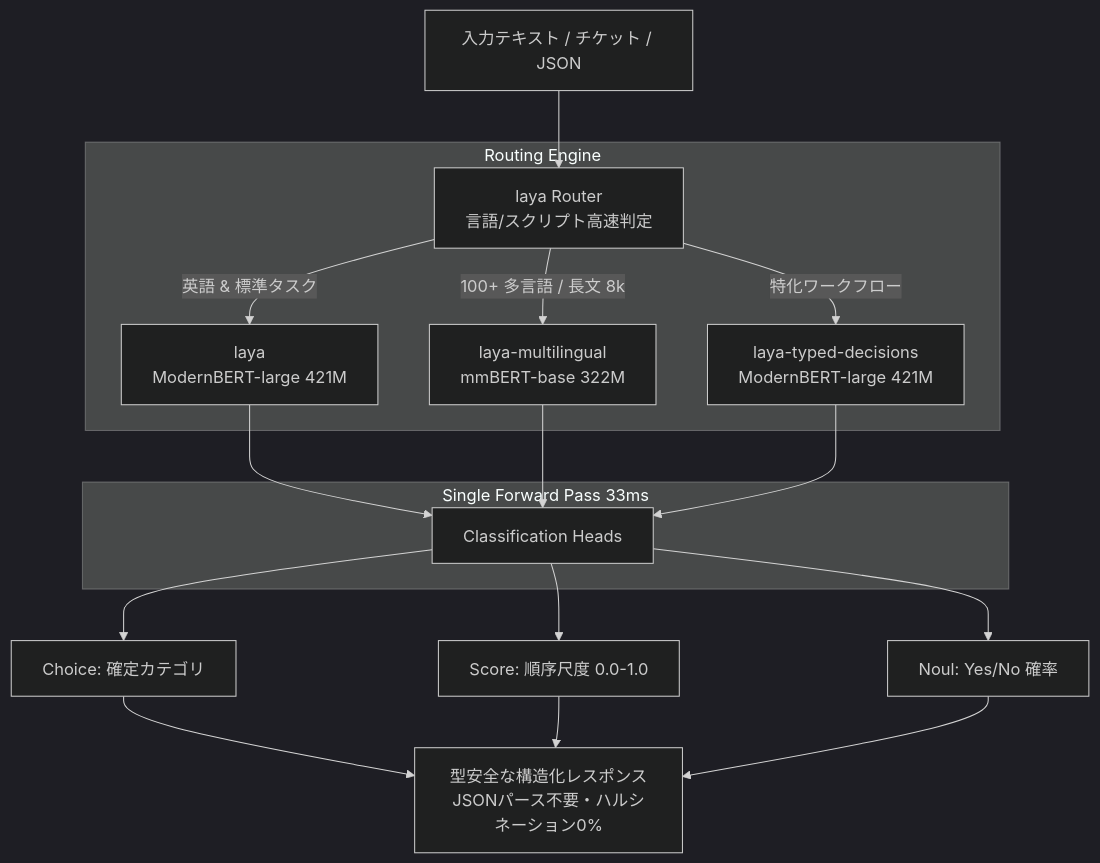
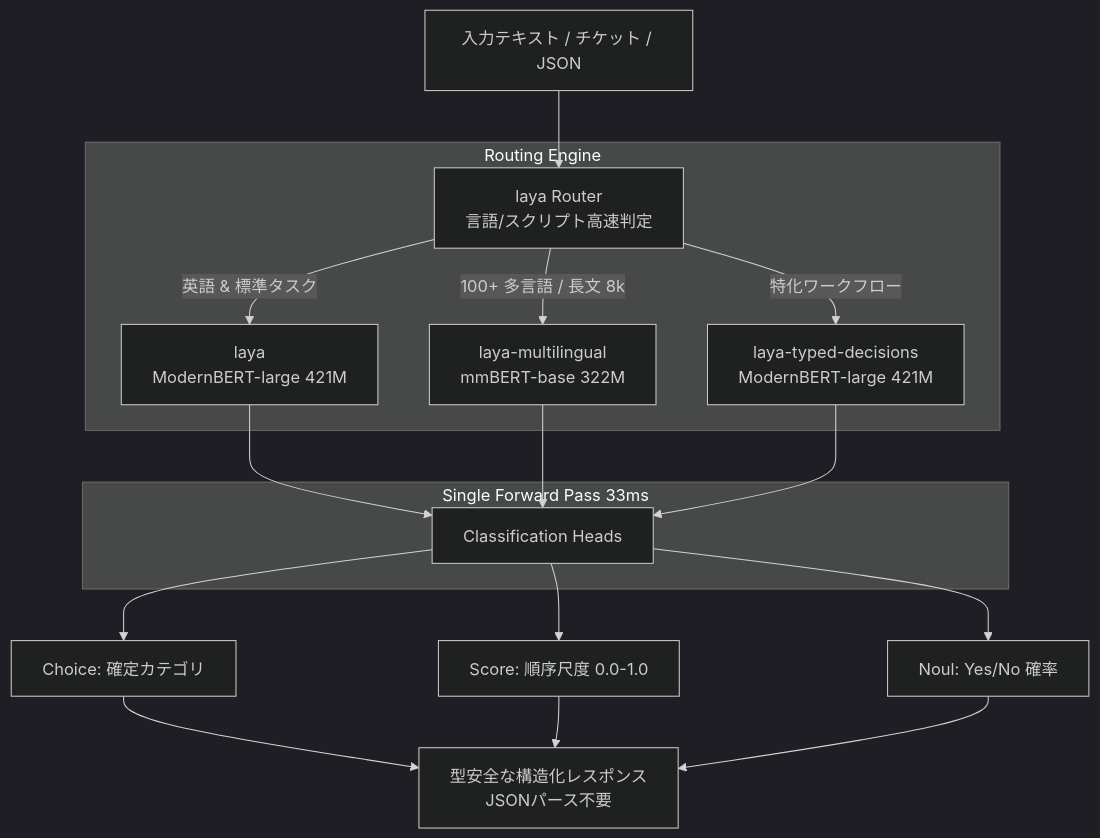
One commit to ssk0224/auto-tech-radar changed the diagram in src/pages/radar/laya.md. Above: the diagram before and after it, drawn with Mermaid (dark theme). The commit also changed other lines of this file and 298 other files, not shown here.

````diff
--- a/src/pages/radar/laya.md
+++ b/src/pages/radar/laya.md
@@ -34,24 +40,24 @@
 ```mermaid
 graph TD
     UserReq["入力テキスト / チケット / JSON"] --> Router["laya Router<br/>言語/スクリプト高速判定"]
     
     subgraph RoutingEngine ["Routing Engine"]
         Router -->|英語 & 標準タスク| EnModel["laya<br/>ModernBERT-large 421M"]
         Router -->|100+ 多言語 / 長文 8k| MultiModel["laya-multilingual<br/>mmBERT-base 322M"]
         Router -->|特化ワークフロー| FineModel["laya-typed-decisions<br/>ModernBERT-large 421M"]
     end
 
     subgraph SingleForwardPass ["Single Forward Pass 33ms"]
         EnModel --> Heads[Classification Heads]
         MultiModel --> Heads
         FineModel --> Heads
     end
 
     Heads --> OutChoice["Choice: 確定カテゴリ"]
     Heads --> OutScore["Score: 順序尺度 0.0-1.0"]
     Heads --> OutNoul["Noul: Yes/No 確率"]
 
-    OutChoice --> FinalRes["型安全な構造化レスポンス<br/>JSONパース不要・ハルシネーション0%"]
+    OutChoice --> FinalRes["型安全な構造化レスポンス<br/>JSONパース不要"]
     OutScore --> FinalRes
     OutNoul --> FinalRes
 ```
````
